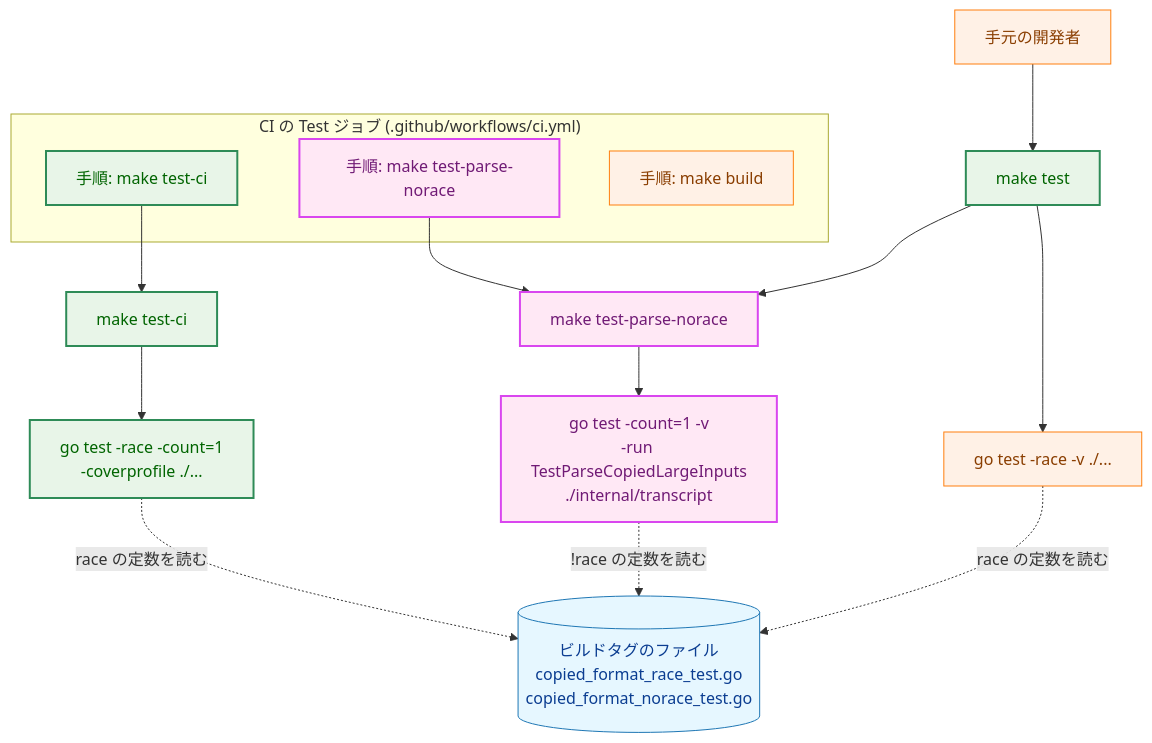
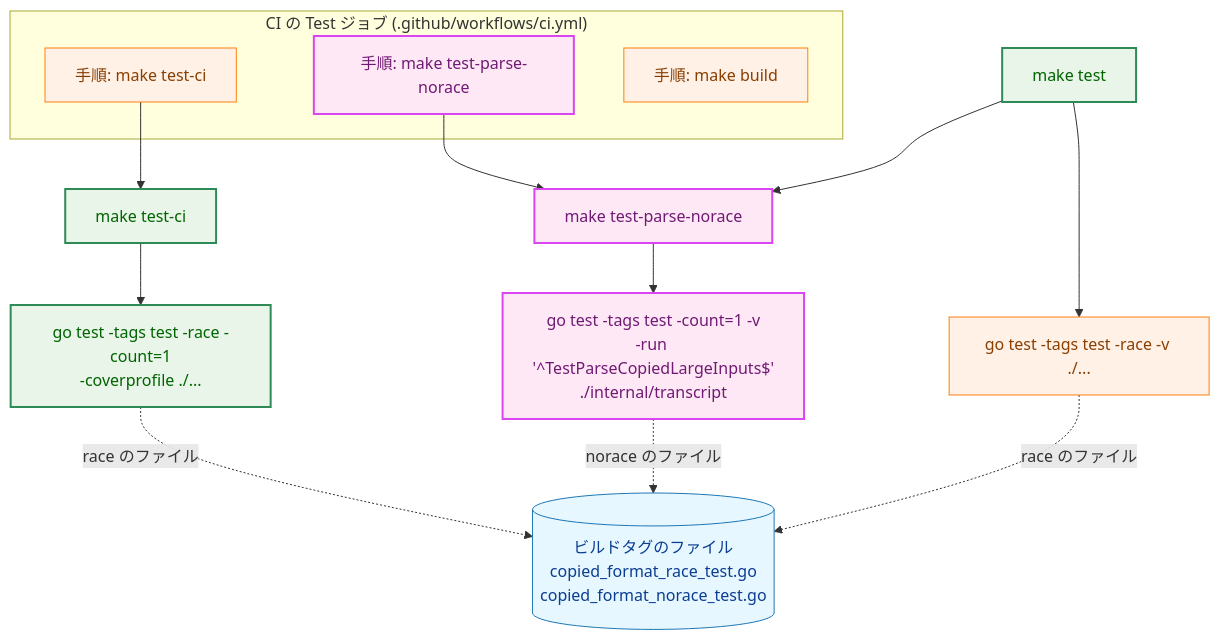
The third of 7 diagrams in docs/tasks/0039_large_input_test_timeout/02_architecture.md (isseis/yt2column), drawn with Mermaid before and after one commit. The commit also changed other lines of this file, not shown here.

First line of the commit message:
docs(0039): address architecture review and Japanese prose findings

````diff
--- a/docs/tasks/0039_large_input_test_timeout/02_architecture.md
+++ b/docs/tasks/0039_large_input_test_timeout/02_architecture.md
@@ -108,41 +114,38 @@
 ```mermaid
 flowchart TD
     classDef data fill:#e6f7ff,stroke:#1f77b4,stroke-width:1px,color:#0b3d91;
     classDef process fill:#fff1e6,stroke:#ff7f0e,stroke-width:1px,color:#8a3e00;
     classDef enhanced fill:#e8f5e8,stroke:#2e8b57,stroke-width:2px,color:#006400;
     classDef newpkg fill:#ffe8f5,stroke:#d946ef,stroke-width:2px,color:#701a75;
 
     subgraph CI["CI の Test ジョブ (.github/workflows/ci.yml)"]
         S1["手順: make test-ci"]
         S2["手順: make test-parse-norace"]
         S3["手順: make build"]
     end
 
-    DEV["手元の開発者"]
     MT["make test"]
     MTC["make test-ci"]
     MTN["make test-parse-norace"]
 
-    G1["go test -race -v ./..."]
-    G2["go test -race -count=1<br>-coverprofile ./..."]
-    G3["go test -count=1 -v<br>-run TestParseCopiedLargeInputs<br>./internal/transcript"]
+    G1["go test -tags test -race -v ./..."]
+    G2["go test -tags test -race -count=1<br>-coverprofile ./..."]
+    G3["go test -tags test -count=1 -v<br>-run '^TestParseCopiedLargeInputs$'<br>./internal/transcript"]
 
     BT[("ビルドタグのファイル<br>copied_format_race_test.go<br>copied_format_norace_test.go")]
 
-    DEV --> MT
     MT --> G1
     MT --> MTN
     S1 --> MTC
     S2 --> MTN
     MTC --> G2
     MTN --> G3
-    G1 -.->|"race の定数を読む"| BT
-    G2 -.->|"race の定数を読む"| BT
-    G3 -.->|"!race の定数を読む"| BT
+    G1 -.->|"race のファイル"| BT
+    G2 -.->|"race のファイル"| BT
+    G3 -.->|"norace のファイル"| BT
 
-    class S1,MT,MTC enhanced
+    class S1,S3,G1 process
+    class MT,MTC,G2 enhanced
     class S2,MTN,G3 newpkg
-    class G1,S3,DEV process
-    class G2 enhanced
     class BT data
 ```
````
